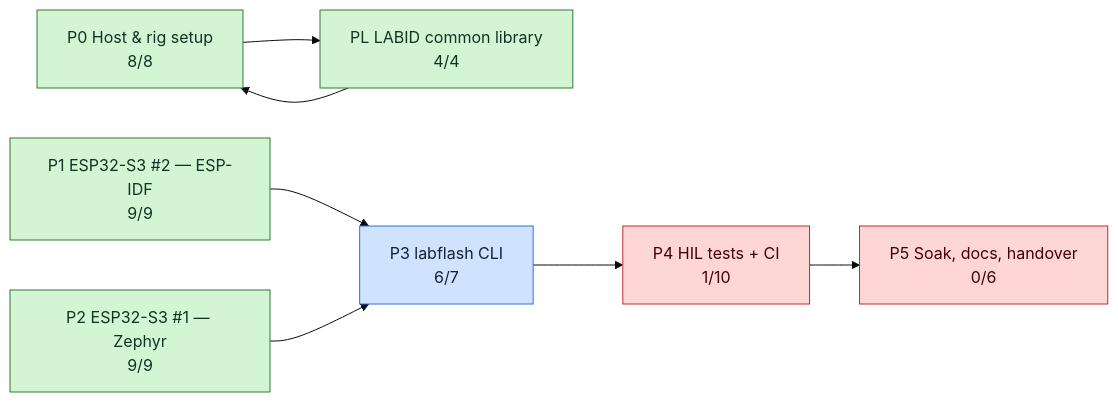
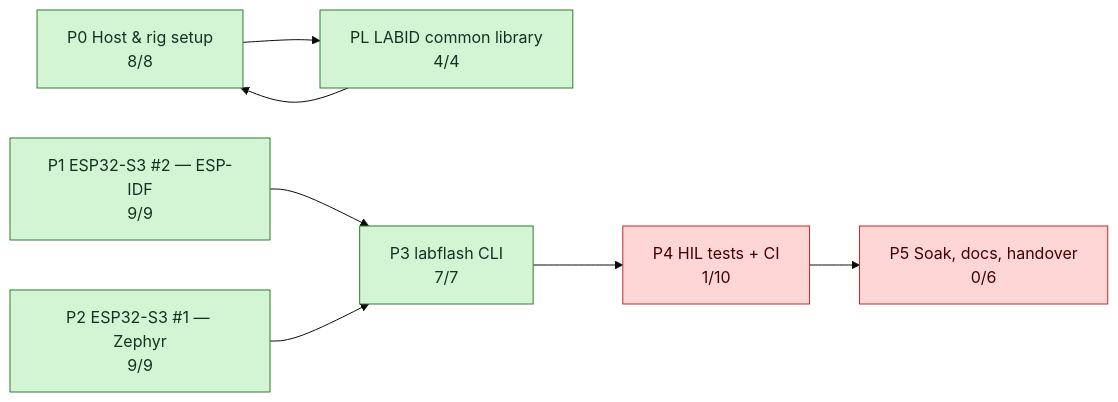
The second of 3 diagrams in tickets/TICKETS.md (mohamed-soubhi/bootlab-esp), drawn with Mermaid (base theme) before and after one commit. The commit also changed other lines of this file and 6 other files, not shown here.

````diff
--- a/tickets/TICKETS.md
+++ b/tickets/TICKETS.md
@@ -36,20 +36,20 @@
 ```mermaid
 flowchart LR
     E0["P0 Host & rig setup<br/>8/8"]:::done
     EL["PL LABID common library<br/>4/4"]:::done
     E1["P1 ESP32-S3 #2 — ESP-IDF<br/>9/9"]:::done
     E2["P2 ESP32-S3 #1 — Zephyr<br/>9/9"]:::done
-    E3["P3 labflash CLI<br/>6/7"]:::doing
+    E3["P3 labflash CLI<br/>7/7"]:::done
     E4["P4 HIL tests + CI<br/>1/10"]:::blocked
     E5["P5 Soak, docs, handover<br/>0/6"]:::blocked
     E0 --> EL
     E1 --> E3
     E2 --> E3
     E3 --> E4
     E4 --> E5
     EL --> E0
     classDef todo fill:#eeeeee,stroke:#999,color:#333
     classDef doing fill:#cfe3ff,stroke:#2f6fdb,color:#123
     classDef blocked fill:#ffd6d6,stroke:#c62828,color:#400
     classDef done fill:#d4f5d4,stroke:#2e7d32,color:#132
 ```
````
